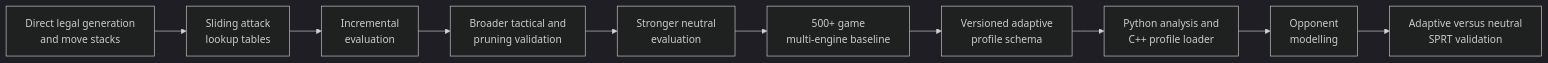
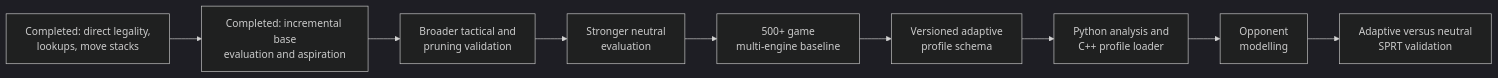
Before and after one commit to yashdutt505/AdaptiveChessEngine: the second of 2 diagrams in docs/ARCHITECTURE.md, drawn with Mermaid (dark theme). The commit also changed other lines of this file and 3 other files, not shown here.

Commit message:
Synchronize architecture documentation with C++ core

````diff
--- a/docs/ARCHITECTURE.md
+++ b/docs/ARCHITECTURE.md
@@ -105,15 +104,14 @@
 ```mermaid
 flowchart LR
-    A["Direct legal generation<br/>and move stacks"]
-    B["Sliding attack<br/>lookup tables"]
-    C["Incremental<br/>evaluation"]
+    A["Completed: direct legality,<br/>lookups, move stacks"]
+    B["Completed: incremental base<br/>evaluation and aspiration"]
     D["Broader tactical and<br/>pruning validation"]
     E["Stronger neutral<br/>evaluation"]
     F["500+ game<br/>multi-engine baseline"]
     G["Versioned adaptive<br/>profile schema"]
     H["Python analysis and<br/>C++ profile loader"]
     I["Opponent<br/>modelling"]
     J["Adaptive versus neutral<br/>SPRT validation"]
 
-    A --> B --> C --> D --> E --> F --> G --> H --> I --> J
+    A --> B --> D --> E --> F --> G --> H --> I --> J
 ```
````
